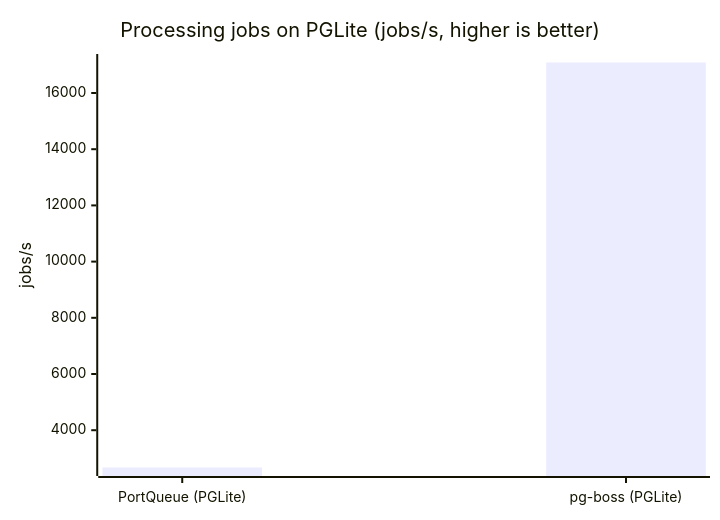
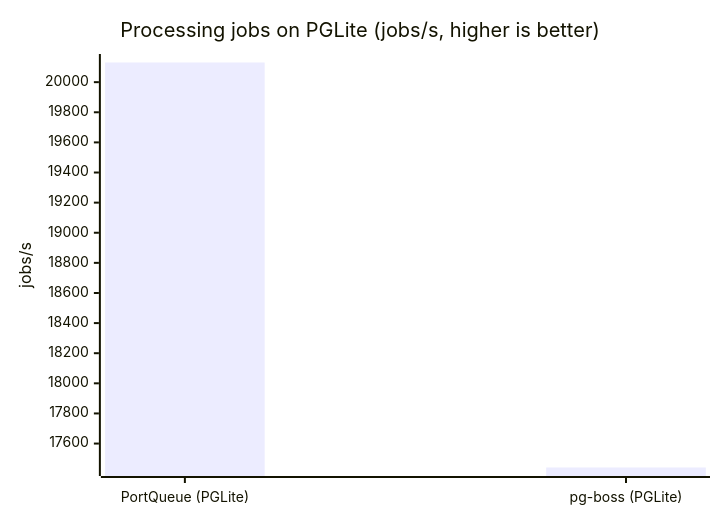
The first of 3 diagrams in README.md (episclera/portqueue), drawn with Mermaid before and after one commit. The commit also changed other lines of this file and 4 other files, not shown here.

````diff
--- a/README.md
+++ b/README.md
@@ -66,7 +66,7 @@
 ```mermaid
 xychart-beta
     title "Processing jobs on PGLite (jobs/s, higher is better)"
     x-axis ["PortQueue (PGLite)", "pg-boss (PGLite)"]
     y-axis "jobs/s"
-    bar [2673.1, 17085.4]
+    bar [20130.6, 17441]
 ```
````
